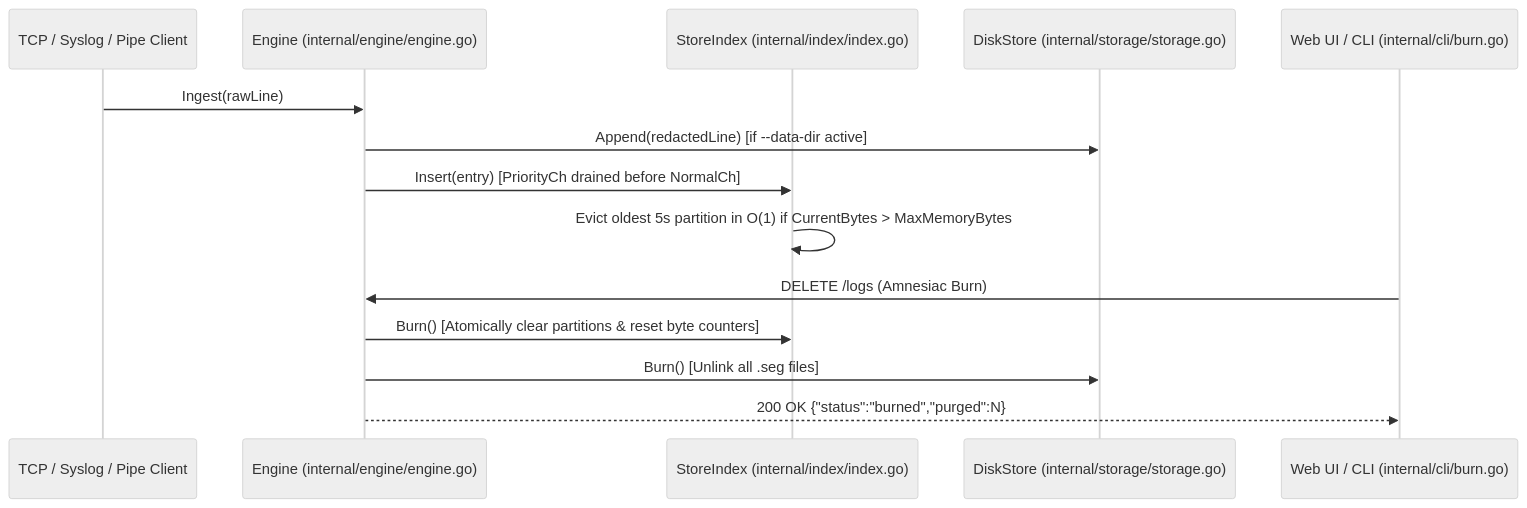
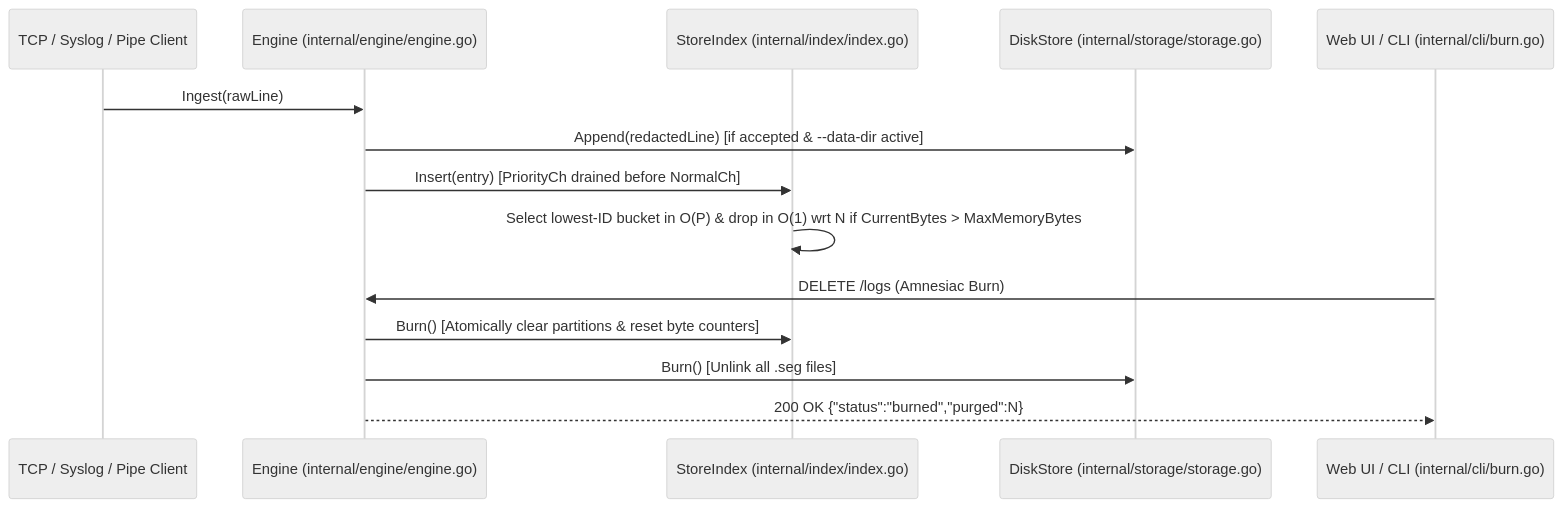
One commit to knowthankyew/genesis changed the second of 2 diagrams in docs/ARCHITECTURE.md. Above: the diagram before and after it, drawn with Mermaid (neutral theme). The commit also changed other lines of this file and 19 other files, not shown here.

````diff
--- a/docs/ARCHITECTURE.md
+++ b/docs/ARCHITECTURE.md
@@ -77,17 +78,17 @@
 ```mermaid
 sequenceDiagram
     participant Client as TCP / Syslog / Pipe Client
     participant Engine as Engine (internal/engine/engine.go)
     participant Index as StoreIndex (internal/index/index.go)
     participant Disk as DiskStore (internal/storage/storage.go)
     participant User as Web UI / CLI (internal/cli/burn.go)
 
     Client->>Engine: Ingest(rawLine)
-    Engine->>Disk: Append(redactedLine) [if --data-dir active]
+    Engine->>Disk: Append(redactedLine) [if accepted & --data-dir active]
     Engine->>Index: Insert(entry) [PriorityCh drained before NormalCh]
-    Index->>Index: Evict oldest 5s partition in O(1) if CurrentBytes > MaxMemoryBytes
+    Index->>Index: Select lowest-ID bucket in O(P) & drop in O(1) wrt N if CurrentBytes > MaxMemoryBytes
     User->>Engine: DELETE /logs (Amnesiac Burn)
     Engine->>Index: Burn() [Atomically clear partitions & reset byte counters]
     Engine->>Disk: Burn() [Unlink all .seg files]
     Engine-->>User: 200 OK {"status":"burned","purged":N}
 ```
````
